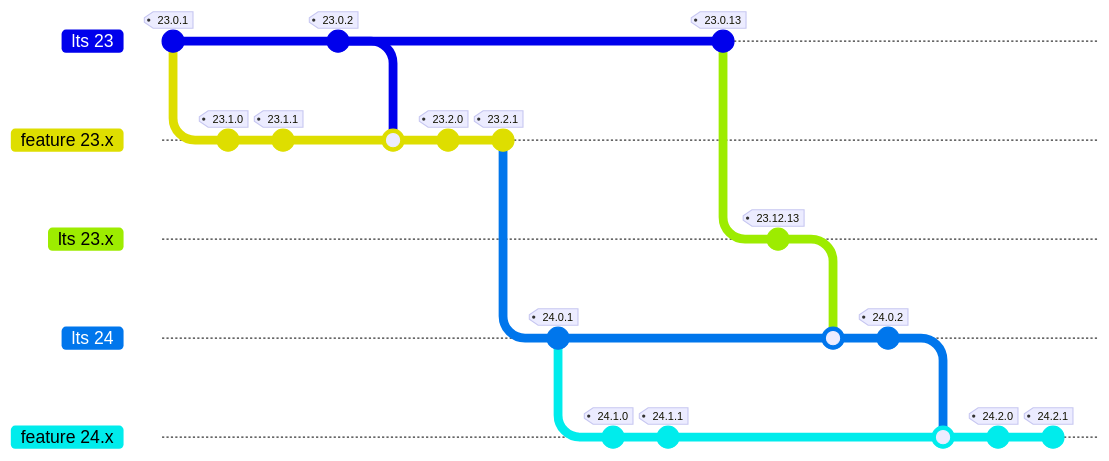
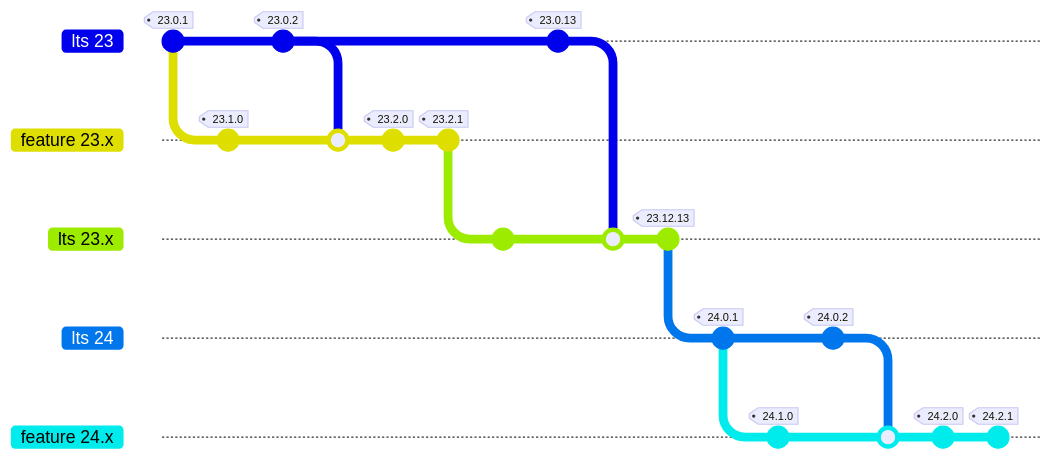
Before and after one commit to htcondor/htcondor: the diagram in docs/version-history/introduction-version-history.rst, drawn with Mermaid. Commit ids are hidden.

Commit message:
HTCONDOR-3382: Rework transition in version graph

```diff
--- a/docs/version-history/introduction-version-history.rst
+++ b/docs/version-history/introduction-version-history.rst
@@ -84,30 +84,30 @@
 .. mermaid::
 
    %%{init: { 'gitGraph': {'showCommitLabel': false, 'mainBranchName': 'lts 23'}} }%%
    gitGraph LR:
     commit tag: "23.0.1"
     branch "feature 23.x" order: 1
     commit tag: "23.1.0"
-    commit tag: "23.1.1"
     checkout "lts 23"
     commit tag: "23.0.2"
     checkout "feature 23.x"
     merge "lts 23"
     commit tag: "23.2.0"
     commit tag: "23.2.1"
+    branch "lts 23.x" order: 2
+    commit
+    checkout "lts 23"
+    commit tag: "23.0.13"
+    checkout "lts 23.x"
+    merge "lts 23"
+    commit tag: "23.12.13"
     branch "lts 24" order: 3
     commit tag: "24.0.1"
     branch "feature 24.x" order: 4
     commit tag: "24.1.0"
-    commit tag: "24.1.1"
-    checkout "lts 23"
-    commit tag: "23.0.13"
-    branch "lts 23.x" order: 2
-    commit tag: "23.12.13"
     checkout "lts 24"
-    merge "lts 23.x"
     commit tag: "24.0.2"
     checkout "feature 24.x"
     merge "lts 24"
     commit tag: "24.2.0"
     commit tag: "24.2.1"
```
